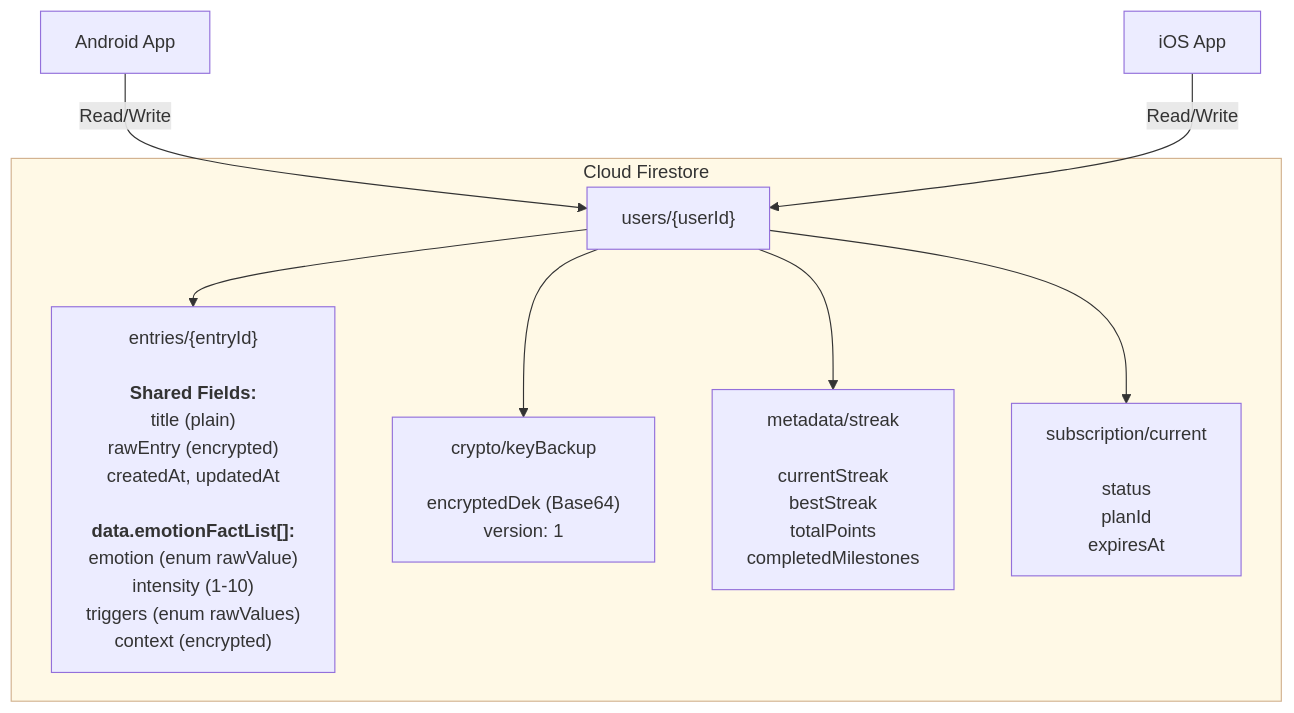
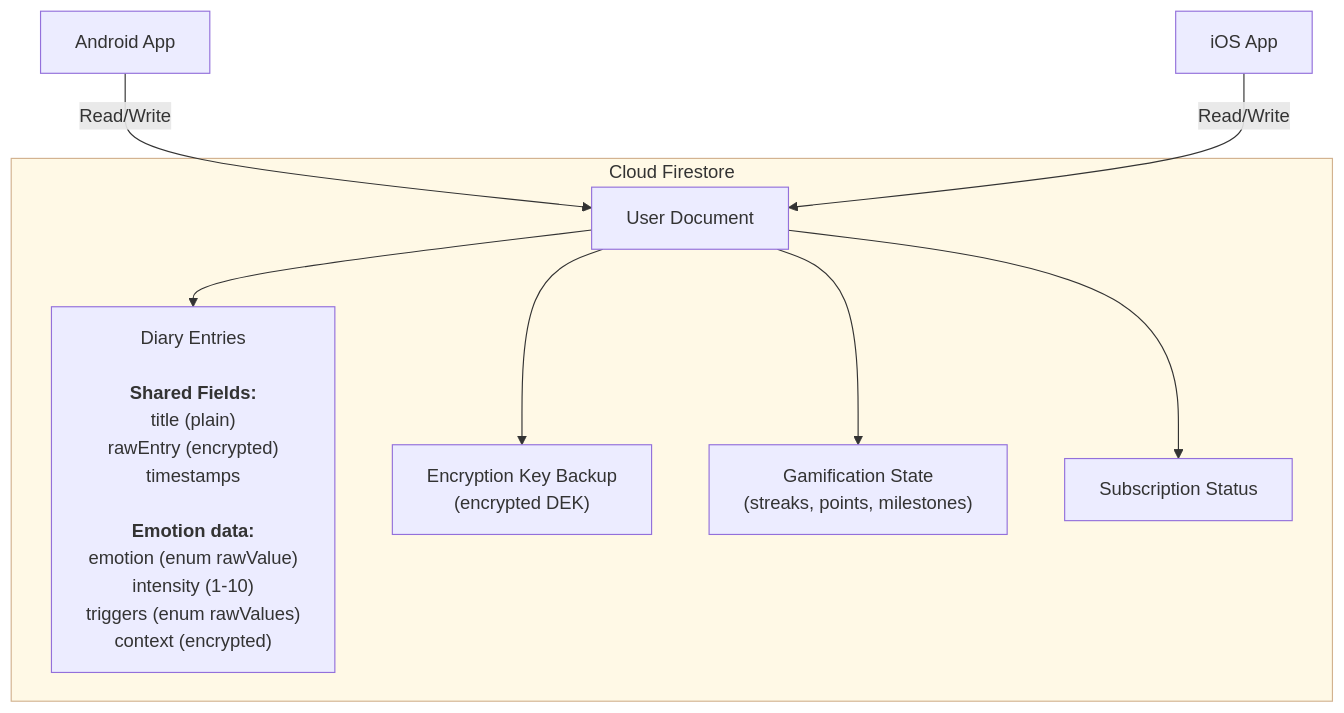
One commit to jaimelxpez/portfolio changed diagram 12 of 13 in content/projects/daymood.md. Above: the diagram before and after it, drawn with Mermaid. The commit also changed other lines of this file and 64 other files, not shown here.

````diff
--- a/content/projects/daymood.md
+++ b/content/projects/daymood.md
@@ -1364,20 +1293,20 @@
 ```mermaid
 graph TD
     subgraph Firestore["Cloud Firestore"]
-        Users["users/{userId}"]
-        Entries["entries/{entryId}<br/><br/><b>Shared Fields:</b><br/>title (plain)<br/>rawEntry (encrypted)<br/>createdAt, updatedAt<br/><br/><b>data.emotionFactList[]:</b><br/>emotion (enum rawValue)<br/>intensity (1-10)<br/>triggers (enum rawValues)<br/>context (encrypted)"]
-        Crypto["crypto/keyBackup<br/><br/>encryptedDek (Base64)<br/>version: 1"]
-        Streak["metadata/streak<br/><br/>currentStreak<br/>bestStreak<br/>totalPoints<br/>completedMilestones"]
-        Sub["subscription/current<br/><br/>status<br/>planId<br/>expiresAt"]
+        Users["User Document"]
+        Entries["Diary Entries<br/><br/><b>Shared Fields:</b><br/>title (plain)<br/>rawEntry (encrypted)<br/>timestamps<br/><br/><b>Emotion data:</b><br/>emotion (enum rawValue)<br/>intensity (1-10)<br/>triggers (enum rawValues)<br/>context (encrypted)"]
+        Crypto["Encryption Key Backup<br/>(encrypted DEK)"]
+        Streak["Gamification State<br/>(streaks, points, milestones)"]
+        Sub["Subscription Status"]
     end
 
     Users --> Entries
     Users --> Crypto
     Users --> Streak
     Users --> Sub
 
     A["Android App"] -->|"Read/Write"| Users
     I["iOS App"] -->|"Read/Write"| Users
 
     style Firestore fill:#FFF9E6,stroke:#D2B28F
 ```
````
